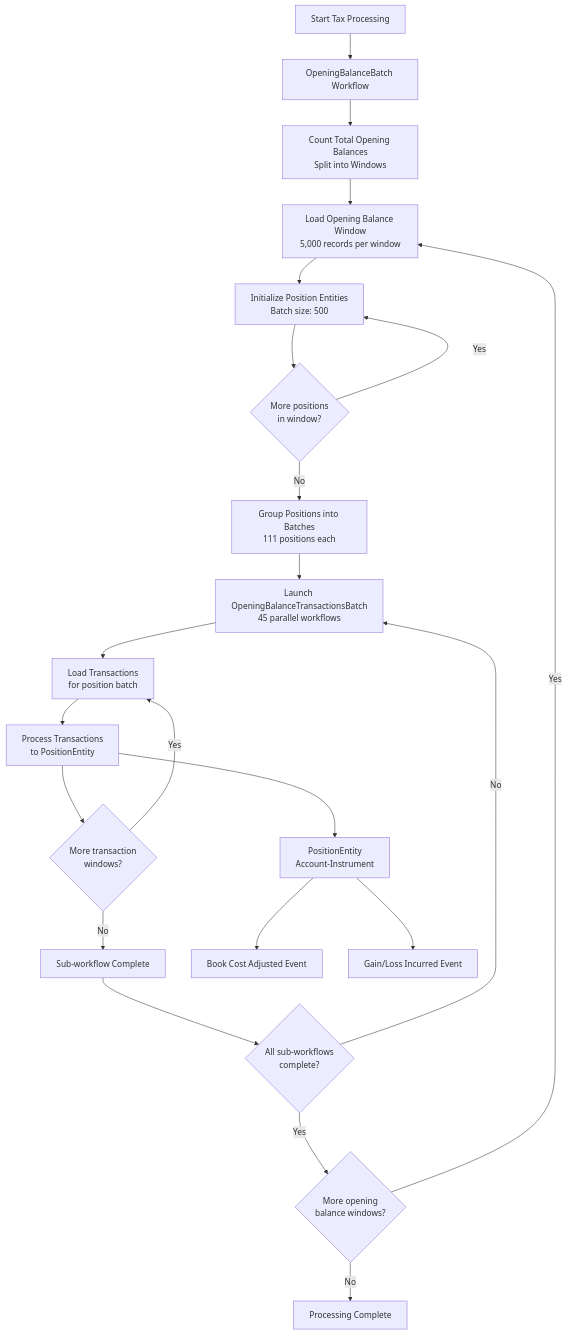
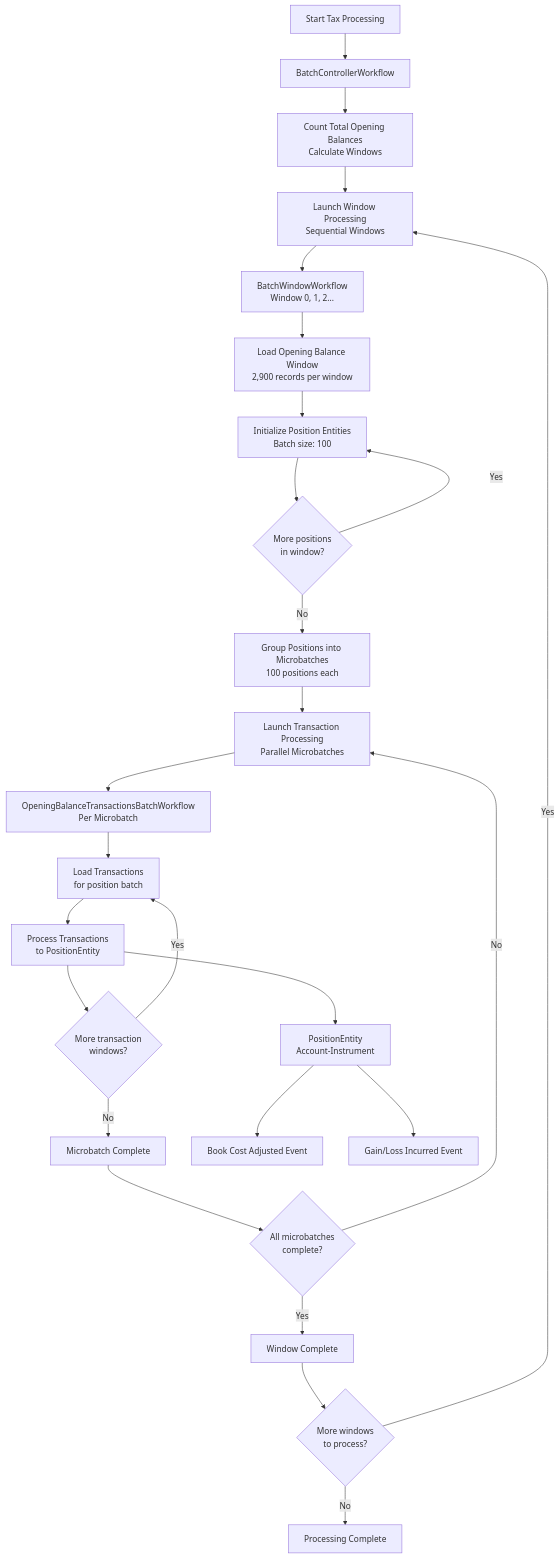
One commit to aklikic/tax-processing changed the first of 2 diagrams in README.md. Above: the diagram before and after it, drawn with Mermaid. The commit also changed other lines of this file and 11 other files, not shown here.

````diff
--- a/README.md
+++ b/README.md
@@ -7,29 +7,35 @@
 ```mermaid
 graph TD
-    A[Start Tax Processing] --> B[OpeningBalanceBatch Workflow]
+    A[Start Tax Processing] --> B[BatchControllerWorkflow]
 
-    B --> B1[Count Total Opening Balances<br/>Split into Windows]
-    B1 --> B2[Load Opening Balance Window<br/>5,000 records per window]
-    B2 --> B3[Initialize Position Entities<br/>Batch size: 500]
-    B3 --> B4{More positions<br/>in window?}
-    B4 -->|Yes| B3
-    B4 -->|No| B5[Group Positions into Batches<br/>111 positions each]
+    B --> B1[Count Total Opening Balances<br/>Calculate Windows]
+    B1 --> B2[Launch Window Processing<br/>Sequential Windows]
 
-    B5 --> C1[Launch OpeningBalanceTransactionsBatch<br/>45 parallel workflows]
+    B2 --> C[BatchWindowWorkflow<br/>Window 0, 1, 2...]
+    C --> C1[Load Opening Balance Window<br/>2,900 records per window]
+    C1 --> C2[Initialize Position Entities<br/>Batch size: 100]
+    C2 --> C3{More positions<br/>in window?}
+    C3 -->|Yes| C2
+    C3 -->|No| C4[Group Positions into Microbatches<br/>100 positions each]
 
-    C1 --> D1[Load Transactions<br/>for position batch]
-    D1 --> D2[Process Transactions<br/>to PositionEntity]
-    D2 --> D3{More transaction<br/>windows?}
-    D3 -->|Yes| D1
-    D3 -->|No| D4[Sub-workflow Complete]
+    C4 --> D1[Launch Transaction Processing<br/>Parallel Microbatches]
 
-    D2 --> E[PositionEntity<br/>Account-Instrument]
-    E --> F1[Book Cost Adjusted Event]
-    E --> F2[Gain/Loss Incurred Event]
+    D1 --> E[OpeningBalanceTransactionsBatchWorkflow<br/>Per Microbatch]
+    E --> E1[Load Transactions<br/>for position batch]
+    E1 --> E2[Process Transactions<br/>to PositionEntity]
+    E2 --> E3{More transaction<br/>windows?}
+    E3 -->|Yes| E1
+    E3 -->|No| E4[Microbatch Complete]
 
-    D4 --> C2{All sub-workflows<br/>complete?}
-    C2 -->|No| C1
-    C2 -->|Yes| B6{More opening<br/>balance windows?}
-    B6 -->|Yes| B2
-    B6 -->|No| H[Processing Complete]
+    E2 --> F[PositionEntity<br/>Account-Instrument]
+    F --> F1[Book Cost Adjusted Event]
+    F --> F2[Gain/Loss Incurred Event]
+
+    E4 --> D2{All microbatches<br/>complete?}
+    D2 -->|No| D1
+    D2 -->|Yes| C5[Window Complete]
+
+    C5 --> B3{More windows<br/>to process?}
+    B3 -->|Yes| B2
+    B3 -->|No| G[Processing Complete]
 ```
````
